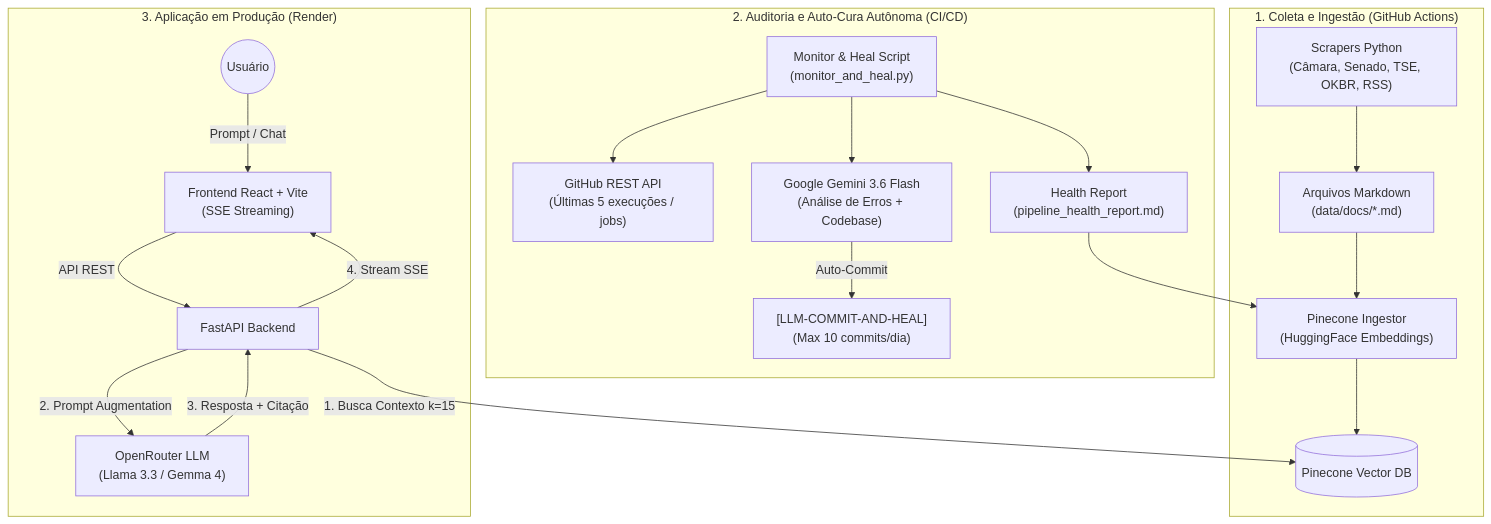
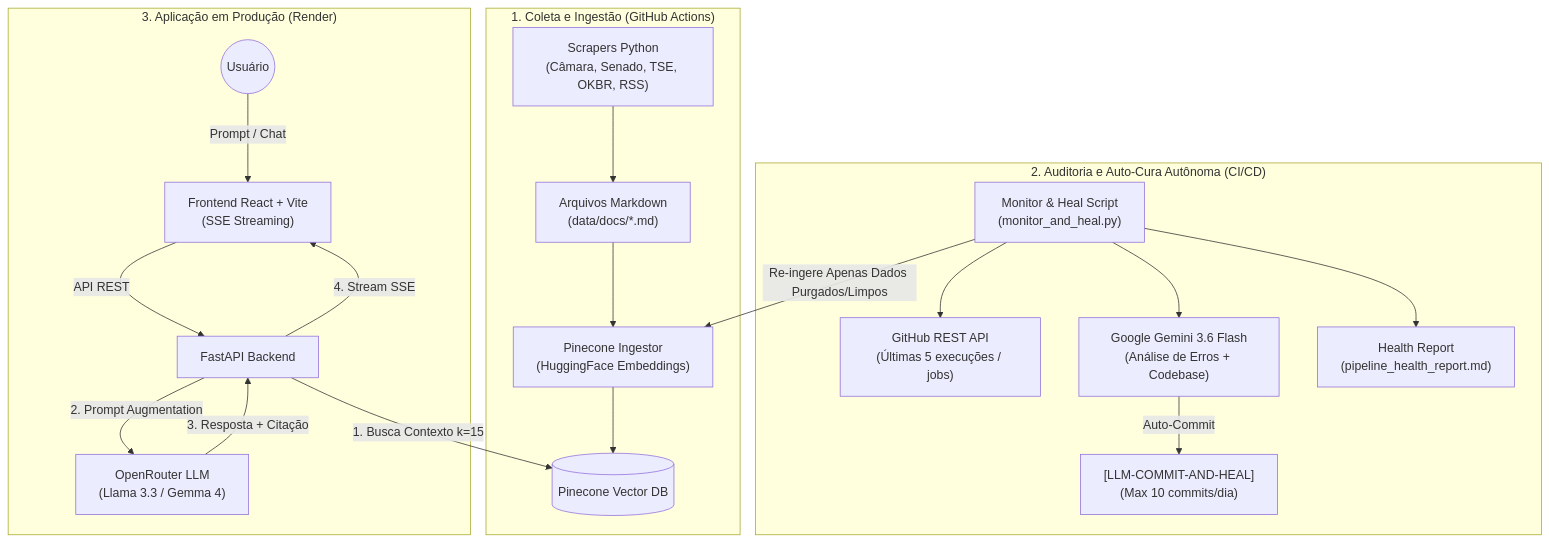
The diagram in docs_projeto/how-this-works.md (steingui/chatbot-rag-fundamentos), drawn with Mermaid before and after one commit.

Commit message:
docs: corrige fluxo do diagrama Mermaid desacoplando Health Report do Pinecone Ingestor

````diff
--- a/docs_projeto/how-this-works.md
+++ b/docs_projeto/how-this-works.md
@@ -48,25 +48,25 @@
 ```mermaid
 graph TD
     subgraph Ingestao["1. Coleta e Ingestão (GitHub Actions)"]
         Scrapers["Scrapers Python<br>(Câmara, Senado, TSE, OKBR, RSS)"] --> Docs["Arquivos Markdown<br>(data/docs/*.md)"]
         Docs --> Ingestor["Pinecone Ingestor<br>(HuggingFace Embeddings)"]
         Ingestor --> Pinecone[("Pinecone Vector DB")]
     end
 
     subgraph AutoCura["2. Auditoria e Auto-Cura Autônoma (CI/CD)"]
         Monitor["Monitor & Heal Script<br>(monitor_and_heal.py)"] --> API_GH["GitHub REST API<br>(Últimas 5 execuções / jobs)"]
         Monitor --> Gemini["Google Gemini 3.6 Flash<br>(Análise de Erros + Codebase)"]
         Gemini -->|Auto-Commit| GitBot["[LLM-COMMIT-AND-HEAL]<br>(Max 10 commits/dia)"]
         Monitor --> Report["Health Report<br>(pipeline_health_report.md)"]
-        Report --> Ingestor
+        Monitor -->|Re-ingere Apenas Dados Purgados/Limpos| Ingestor
     end
 
     subgraph Producao["3. Aplicação em Produção (Render)"]
         User(("Usuário")) -->|Prompt / Chat| Front["Frontend React + Vite<br>(SSE Streaming)"]
         Front -->|API REST| Back["FastAPI Backend"]
         Back -->|1. Busca Contexto k=15| Pinecone
         Back -->|2. Prompt Augmentation| OpenRouter["OpenRouter LLM<br>(Llama 3.3 / Gemma 4)"]
         OpenRouter -->|3. Resposta + Citação| Back
         Back -->|4. Stream SSE| Front
     end
 ```
````
